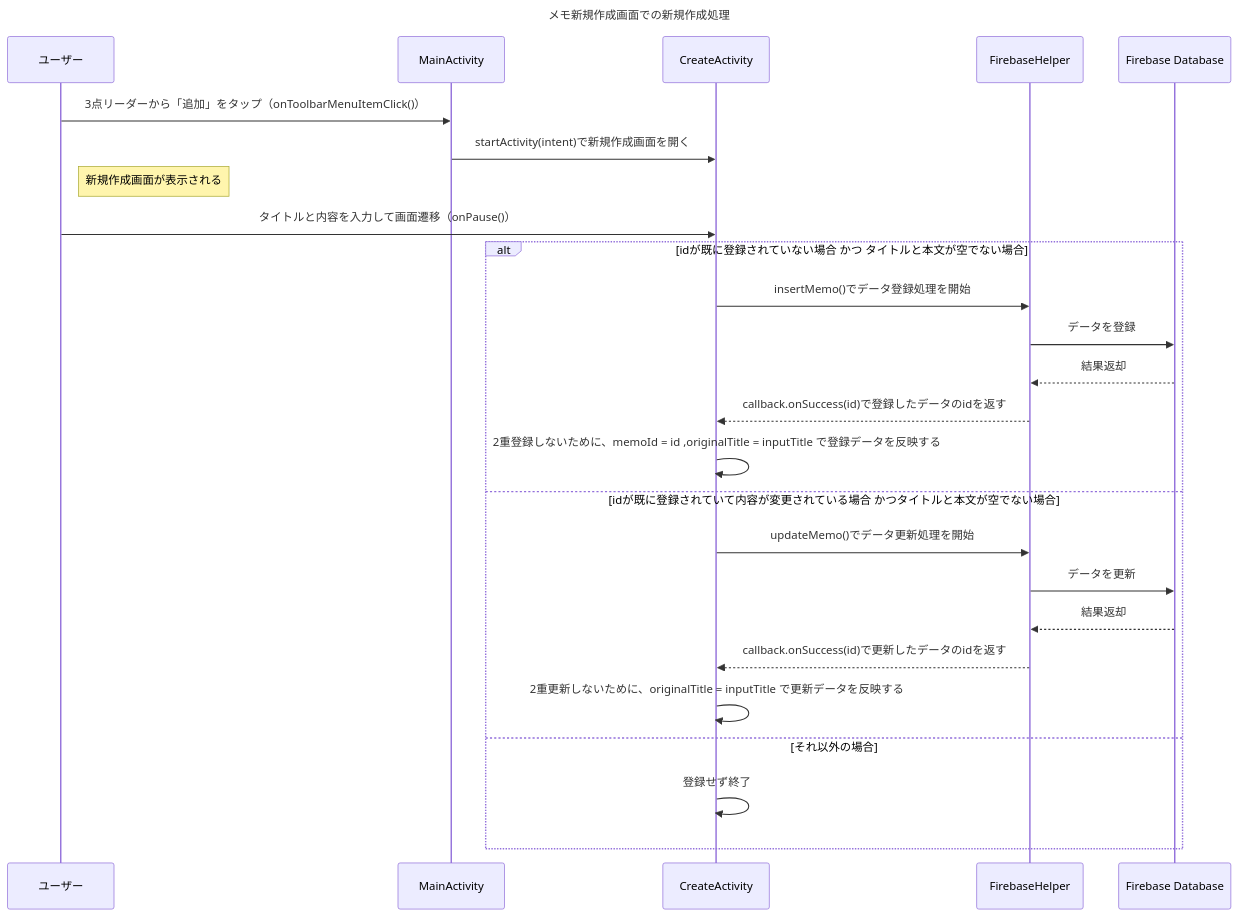
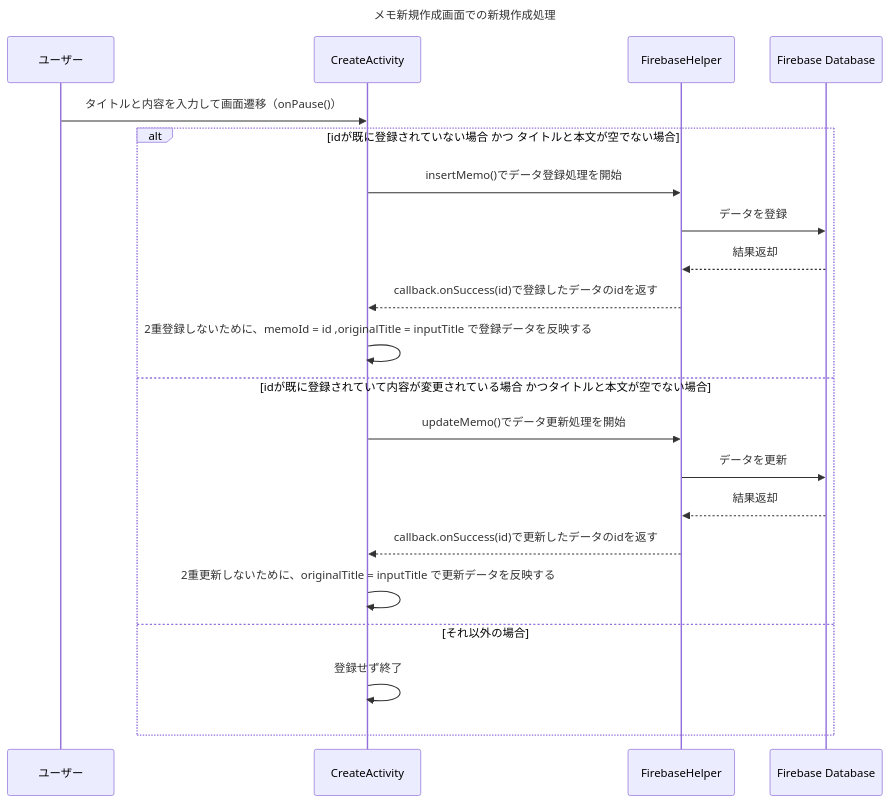
One commit to masu314/memo changed the sixth of 7 diagrams in README.md. Above: the diagram before and after it, drawn with Mermaid. The commit also changed other lines of this file, not shown here.

Commit message:
[update]README.mdにメイン画面から新規作成画面に遷移するシーケンス図を作成

````diff
--- a/README.md
+++ b/README.md
@@ -71,29 +82,25 @@
 ```mermaid
 sequenceDiagram
     title メモ新規作成画面での新規作成処理
     participant User as ユーザー
-    participant Main as MainActivity
     participant C as CreateActivity
     participant Firebase as FirebaseHelper
     participant DB as Firebase Database
 
-    User->>Main: 3点リーダーから「追加」をタップ（onToolbarMenuItemClick()）
-    Main->>C: startActivity(intent)で新規作成画面を開く
-    note right of User: 新規作成画面が表示される
     User->>C: タイトルと内容を入力して画面遷移（onPause()）
     alt idが既に登録されていない場合 かつ タイトルと本文が空でない場合
         C->>Firebase: insertMemo()でデータ登録処理を開始
         Firebase->>DB: データを登録
         DB-->>Firebase: 結果返却
         Firebase-->>C: callback.onSuccess(id)で登録したデータのidを返す
         C->>C: 2重登録しないために、memoId = id ,originalTitle = inputTitle で登録データを反映する
     else idが既に登録されていて内容が変更されている場合 かつタイトルと本文が空でない場合
         C->>Firebase: updateMemo()でデータ更新処理を開始
         Firebase->>DB: データを更新
         DB-->>Firebase: 結果返却
         Firebase-->>C: callback.onSuccess(id)で更新したデータのidを返す
         C->>C: 2重更新しないために、originalTitle = inputTitle で更新データを反映する
     else それ以外の場合
         C->>C: 登録せず終了
     end
 ```
````
